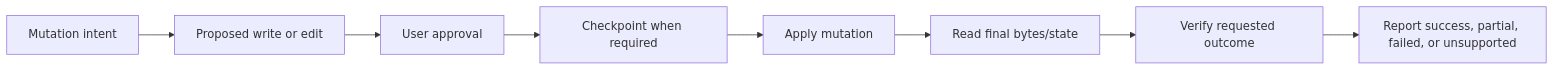
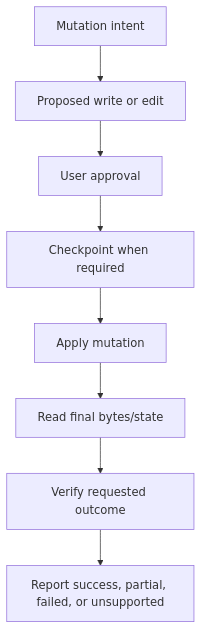
One commit to ai21z/talos-assistant changed the third of 3 diagrams in docs/architecture/execution-model.md. Above: the diagram before and after it, drawn with Mermaid. The commit also changed other lines of this file and 17 other files, not shown here.

Commit message:
Website diagrams, layout stability and documentation navigation are improved.

````diff
--- a/docs/architecture/execution-model.md
+++ b/docs/architecture/execution-model.md
@@ -67,10 +71,12 @@
 ```mermaid
-flowchart LR
+flowchart TB
+    accTitle: Mutation from intent to checked outcome
+    accDescr: Proposed changes pass through approval and any required checkpoint before application. Final state is read back and verified before an outcome is reported.
     Intent["Mutation intent"] --> Diff["Proposed write or edit"]
     Diff --> Approval["User approval"]
     Approval --> Checkpoint["Checkpoint when required"]
     Checkpoint --> Apply["Apply mutation"]
     Apply --> Readback["Read final bytes/state"]
     Readback --> Verify["Verify requested outcome"]
     Verify --> Outcome["Report success, partial, failed, or unsupported"]
 ```
````
